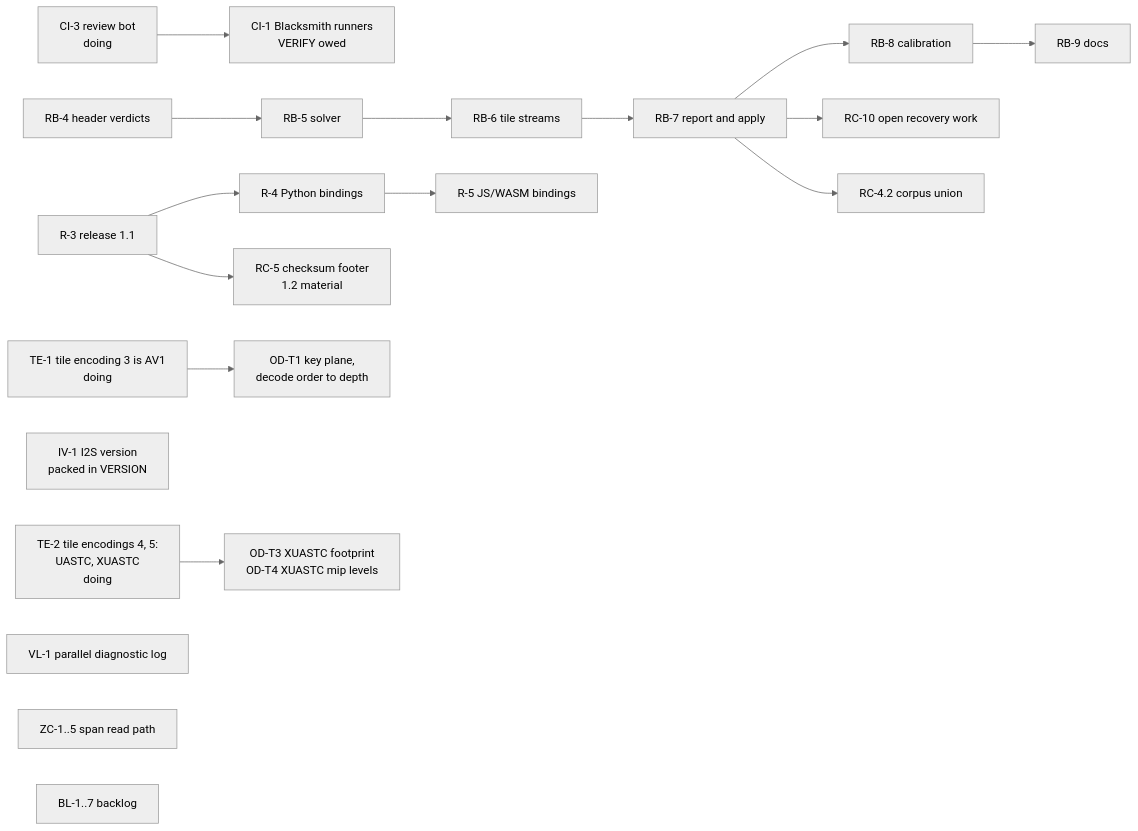
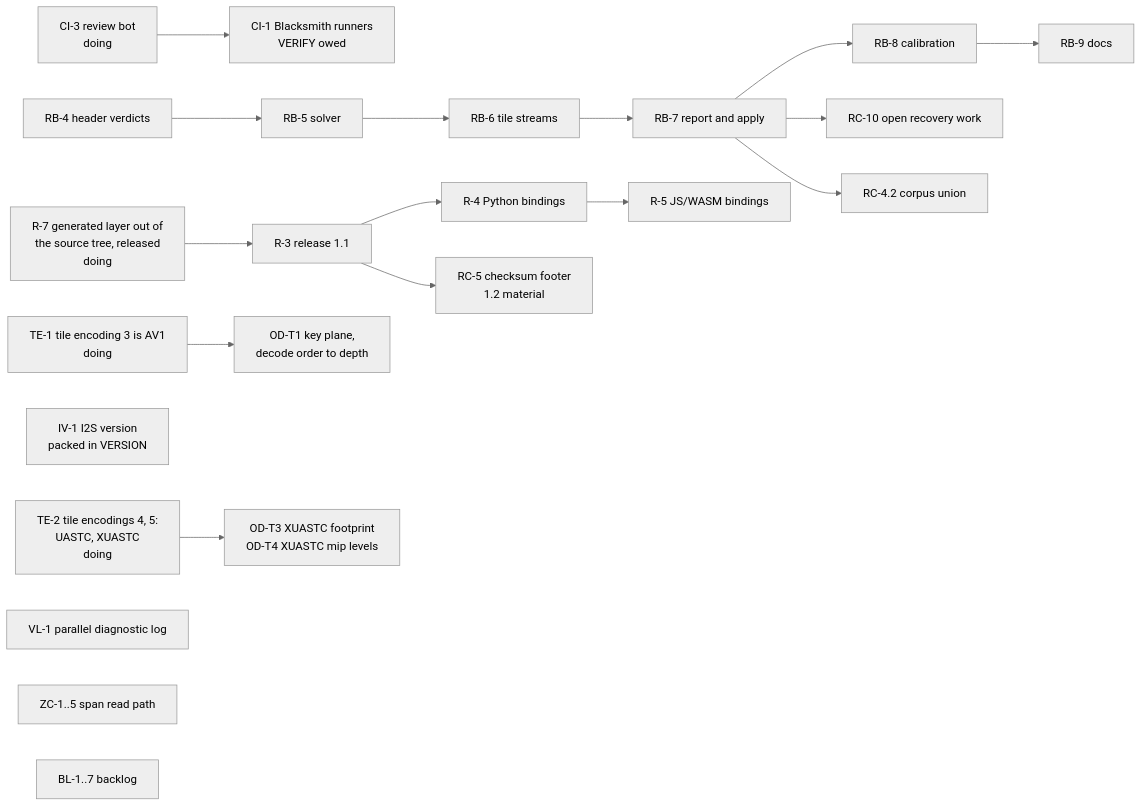
One commit to Aptix-Bio/Iris-File-Extension changed the diagram in development/WBS.md. Above: the diagram before and after it, drawn with Mermaid (neutral theme). The commit also changed other lines of this file and 3 other files, not shown here.

First line of the commit message:
GeneratedOutOfSource_R-7: the build compiles the generated layer from its own tree, and generate_IFE.py runs from any directory (red)

````diff
--- a/development/WBS.md
+++ b/development/WBS.md
@@ -40,20 +40,21 @@
 ```mermaid
 flowchart LR
     CI3["CI-3 review bot<br/>doing"] --> CI1["CI-1 Blacksmith runners<br/>VERIFY owed"]
     RB4["RB-4 header verdicts"] --> RB5["RB-5 solver"]
     RB5 --> RB6["RB-6 tile streams"]
     RB6 --> RB7["RB-7 report and apply"]
     RB7 --> RB8["RB-8 calibration"]
     RB8 --> RB9["RB-9 docs"]
     RB7 --> RC10["RC-10 open recovery work"]
     RB7 --> RC4["RC-4.2 corpus union"]
     R3["R-3 release 1.1"] --> R4["R-4 Python bindings"]
     R4 --> R5["R-5 JS/WASM bindings"]
     R3 --> RC5["RC-5 checksum footer<br/>1.2 material"]
+    R7["R-7 generated layer out of<br/>the source tree, released<br/>doing"] --> R3
     TE1["TE-1 tile encoding 3 is AV1<br/>doing"] --> OD["OD-T1 key plane,<br/>decode order to depth"]
     IV1["IV-1 I2S version<br/>packed in VERSION"]
     TE2["TE-2 tile encodings 4, 5:<br/>UASTC, XUASTC<br/>doing"] --> OD2["OD-T3 XUASTC footprint<br/>OD-T4 XUASTC mip levels"]
     VL1["VL-1 parallel diagnostic log"]
     ZC["ZC-1..5 span read path"]
     BL["BL-1..7 backlog"]
 ```
````
